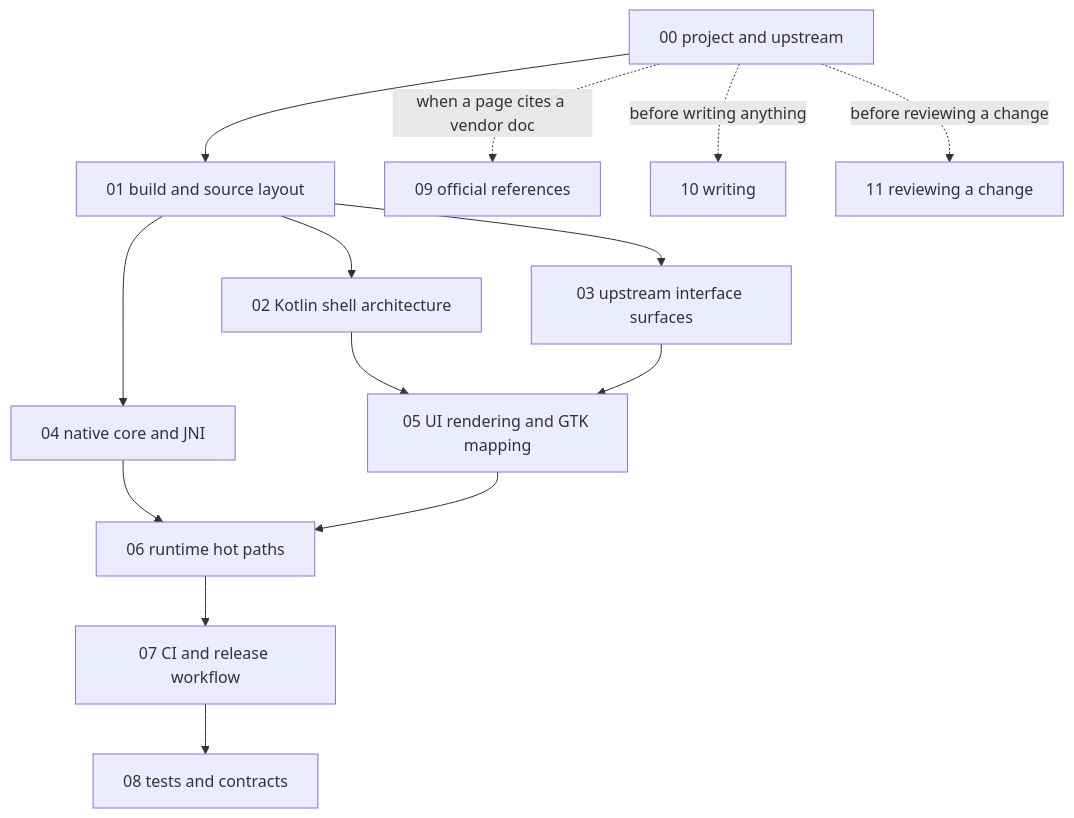
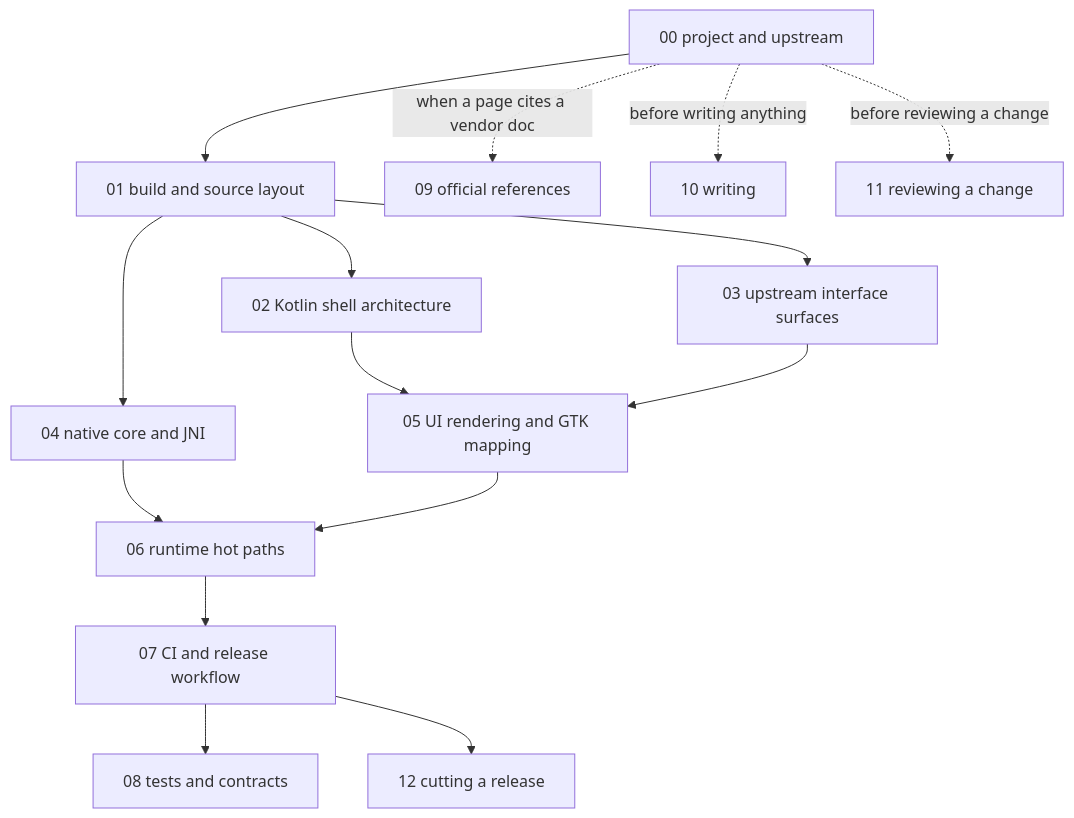
Before and after one commit to ppigazzini/r47zen: the diagram in android/docs/dev/README.md, drawn with Mermaid. The commit also changed other lines of this file and 6 other files, not shown here.

````diff
--- a/android/docs/dev/README.md
+++ b/android/docs/dev/README.md
@@ -17,29 +17,31 @@
 ```mermaid
 flowchart TD
   A[00 project and upstream]
   B[01 build and source layout]
   C[02 Kotlin shell architecture]
   D[03 upstream interface surfaces]
   E[04 native core and JNI]
   F[05 UI rendering and GTK mapping]
   G[06 runtime hot paths]
   H[07 CI and release workflow]
   I[08 tests and contracts]
   J[09 official references]
   K[10 writing]
   L[11 reviewing a change]
+  M[12 cutting a release]
 
   A --> B
   B --> C
   B --> D
   B --> E
   C --> F
   D --> F
   E --> G
   F --> G
   G --> H
   H --> I
+  H --> M
   A -.->|before writing anything| K
   A -.->|before reviewing a change| L
   A -.->|when a page cites a vendor doc| J
 ```
````
